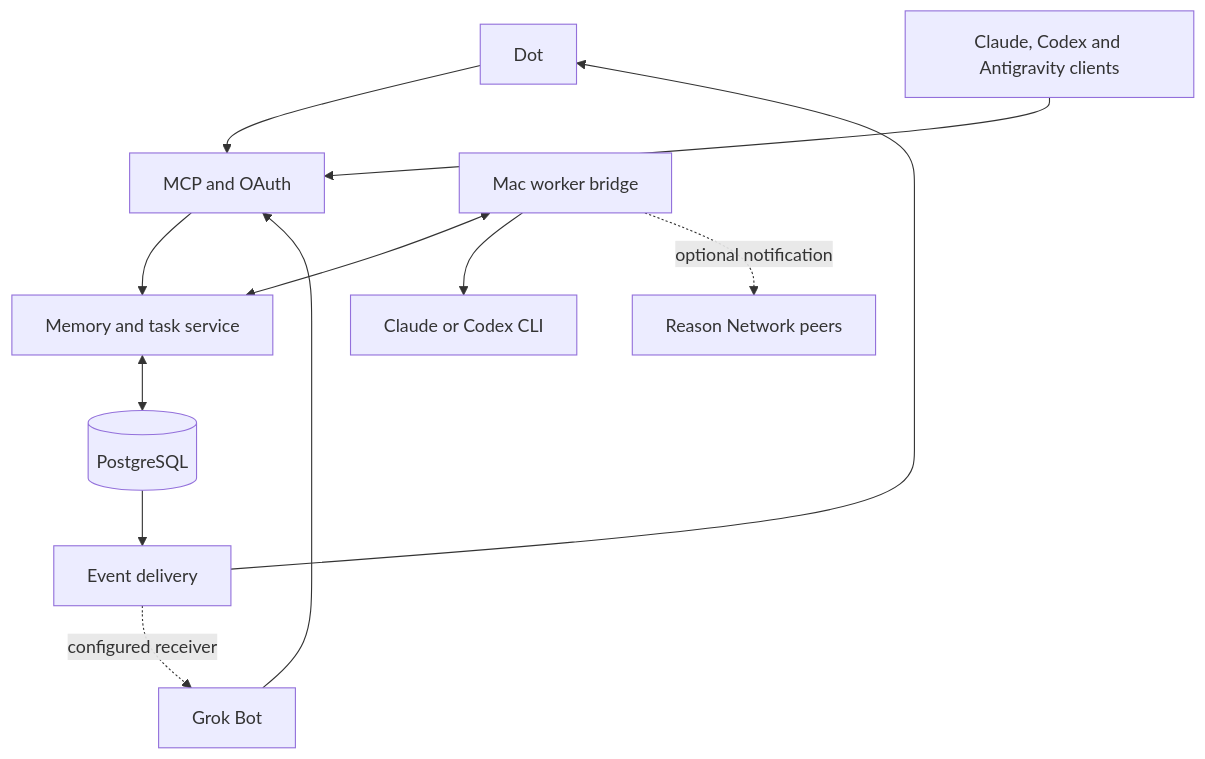
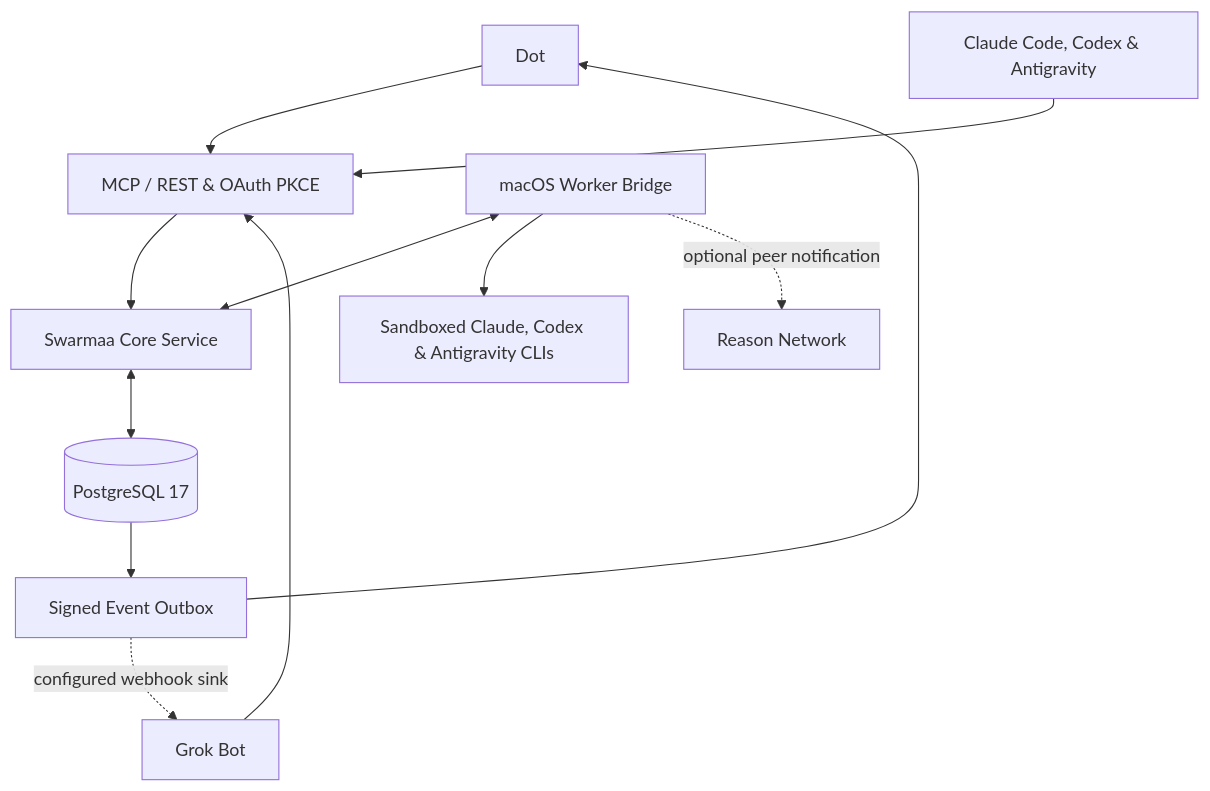
One commit to kamatbot/swarmaa changed the diagram in README.md. Above: the diagram before and after it, drawn with Mermaid. The commit also changed other lines of this file and 59 other files, not shown here.

Commit message:
swarma(antigravity): Public-launch cleanup for github.com/kamatbot/swarmaa using findings fro

````diff
--- a/README.md
+++ b/README.md
@@ -19,14 +96,14 @@
 ```mermaid
 flowchart TD
-    Dot[Dot] --> MCP[MCP and OAuth]
+    Dot[Dot] --> MCP[MCP / REST & OAuth PKCE]
     Grok[Grok Bot] --> MCP
-    Interactive[Claude, Codex and Antigravity clients] --> MCP
-    MCP --> Core[Memory and task service]
-    Core <--> DB[(PostgreSQL)]
-    Bridge[Mac worker bridge] <--> Core
-    Bridge --> Workers[Claude or Codex CLI]
-    Bridge -. optional notification .-> Reason[Reason Network peers]
-    DB --> Events[Event delivery]
+    Interactive[Claude Code, Codex & Antigravity] --> MCP
+    MCP --> Core[Swarmaa Core Service]
+    Core <--> DB[(PostgreSQL 17)]
+    Bridge[macOS Worker Bridge] <--> Core
+    Bridge --> Workers[Sandboxed Claude, Codex & Antigravity CLIs]
+    Bridge -. optional peer notification .-> Reason[Reason Network]
+    DB --> Events[Signed Event Outbox]
     Events --> Dot
-    Events -. configured receiver .-> Grok
+    Events -. configured webhook sink .-> Grok
 ```
````
